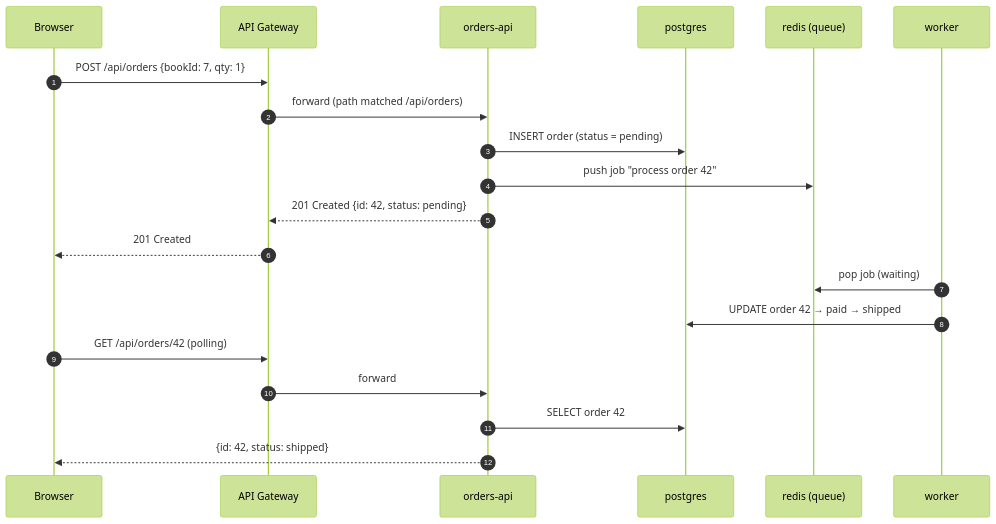
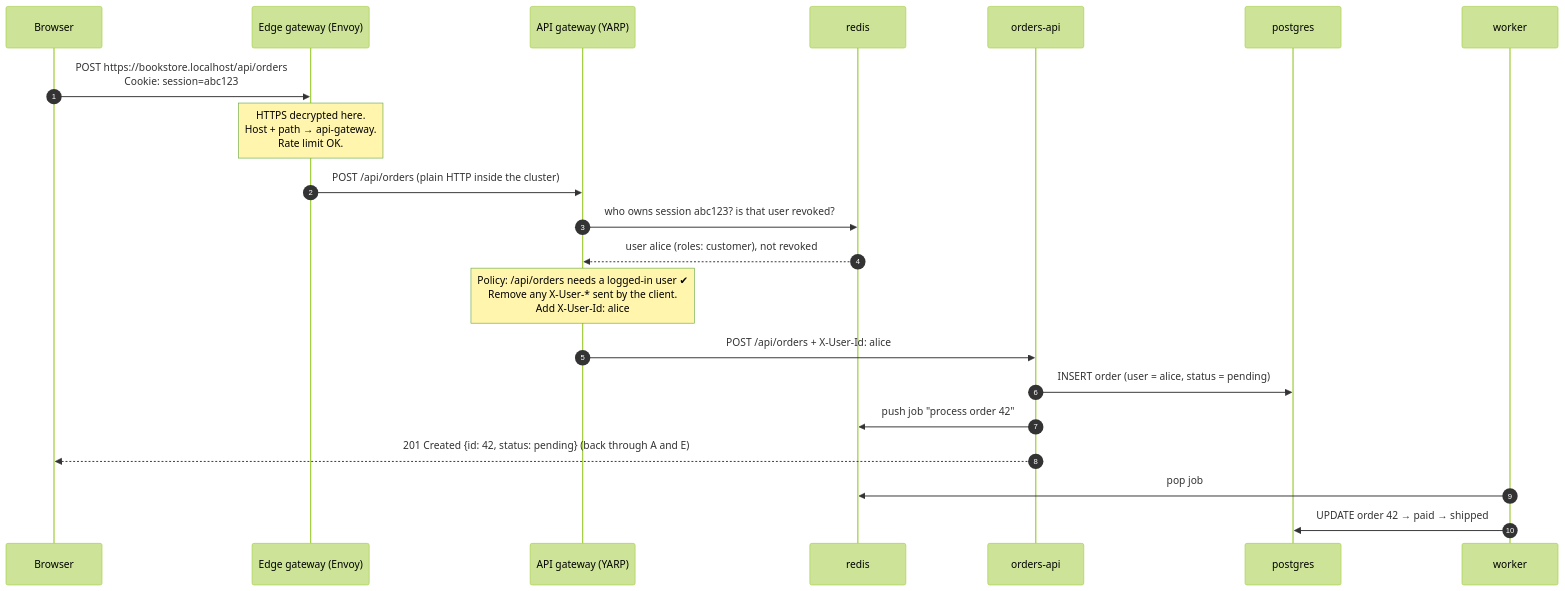
The third of 11 diagrams in docs/00-overview.md (RayIci/kubernetes-tutorial), drawn with Mermaid (forest theme) before and after one commit. The commit also changed other lines of this file and 3 other files, not shown here.

````diff
--- a/docs/00-overview.md
+++ b/docs/00-overview.md
@@ -205,23 +230,24 @@
 ```mermaid
 sequenceDiagram
     autonumber
     participant B as Browser
-    participant G as API Gateway
+    participant E as Edge gateway (Envoy)
+    participant A as API gateway (YARP)
+    participant R as redis
     participant O as orders-api
     participant P as postgres
-    participant R as redis (queue)
     participant W as worker
 
-    B->>G: POST /api/orders {bookId: 7, qty: 1}
-    G->>O: forward (path matched /api/orders)
-    O->>P: INSERT order (status = pending)
+    B->>E: POST https://bookstore.localhost/api/orders<br/>Cookie: session=abc123
+    Note over E: HTTPS decrypted here.<br/>Host + path → api-gateway.<br/>Rate limit OK.
+    E->>A: POST /api/orders (plain HTTP inside the cluster)
+    A->>R: who owns session abc123? is that user revoked?
+    R-->>A: user alice (roles: customer), not revoked
+    Note over A: Policy: /api/orders needs a logged-in user ✔<br/>Remove any X-User-* sent by the client.<br/>Add X-User-Id: alice
+    A->>O: POST /api/orders + X-User-Id: alice
+    O->>P: INSERT order (user = alice, status = pending)
     O->>R: push job "process order 42"
-    O-->>G: 201 Created {id: 42, status: pending}
-    G-->>B: 201 Created
-    W->>R: pop job (waiting)
+    O-->>B: 201 Created {id: 42, status: pending} (back through A and E)
+    W->>R: pop job
     W->>P: UPDATE order 42 → paid → shipped
-    B->>G: GET /api/orders/42 (polling)
-    G->>O: forward
-    O->>P: SELECT order 42
-    O-->>B: {id: 42, status: shipped}
 ```
````
